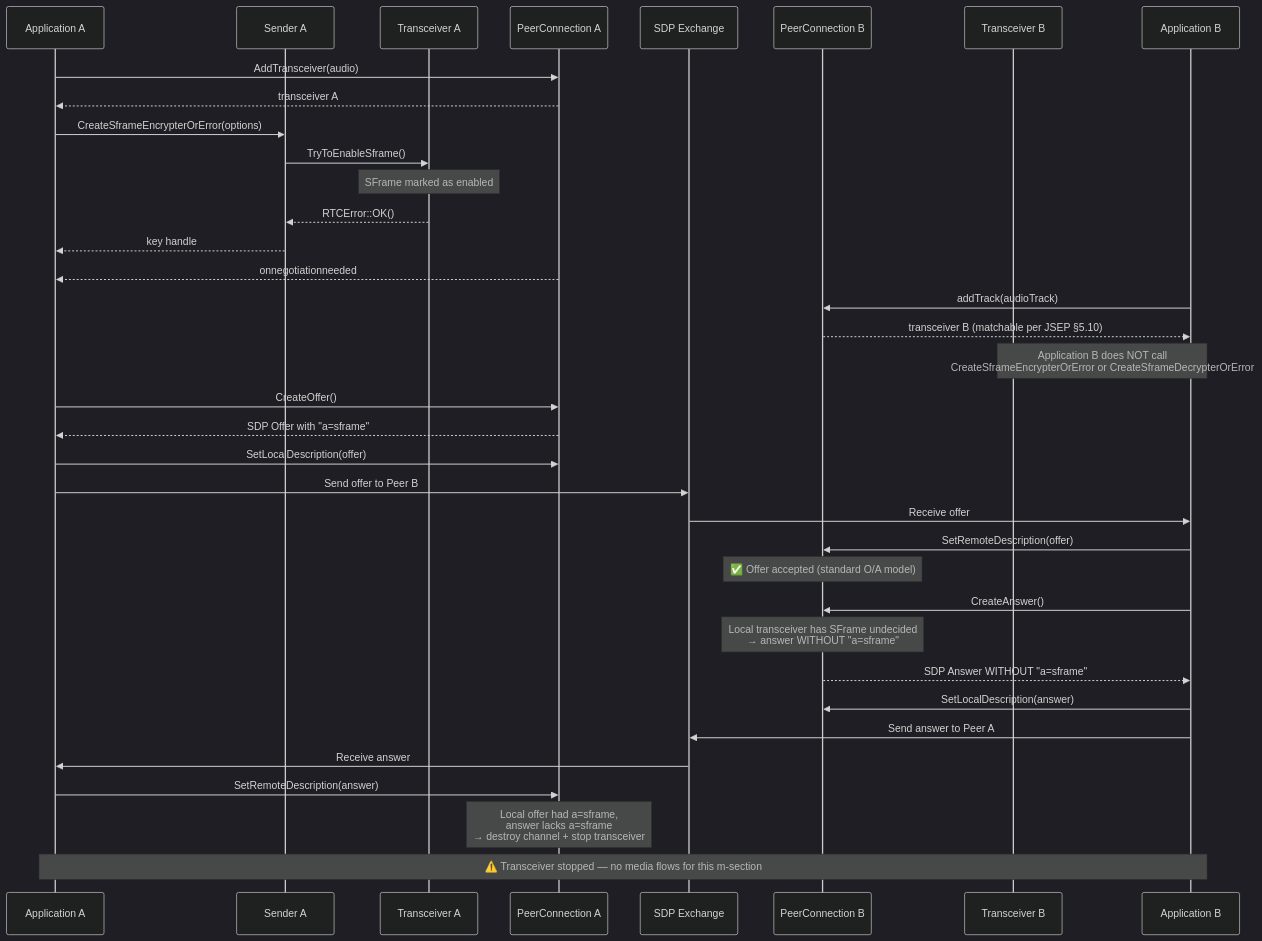
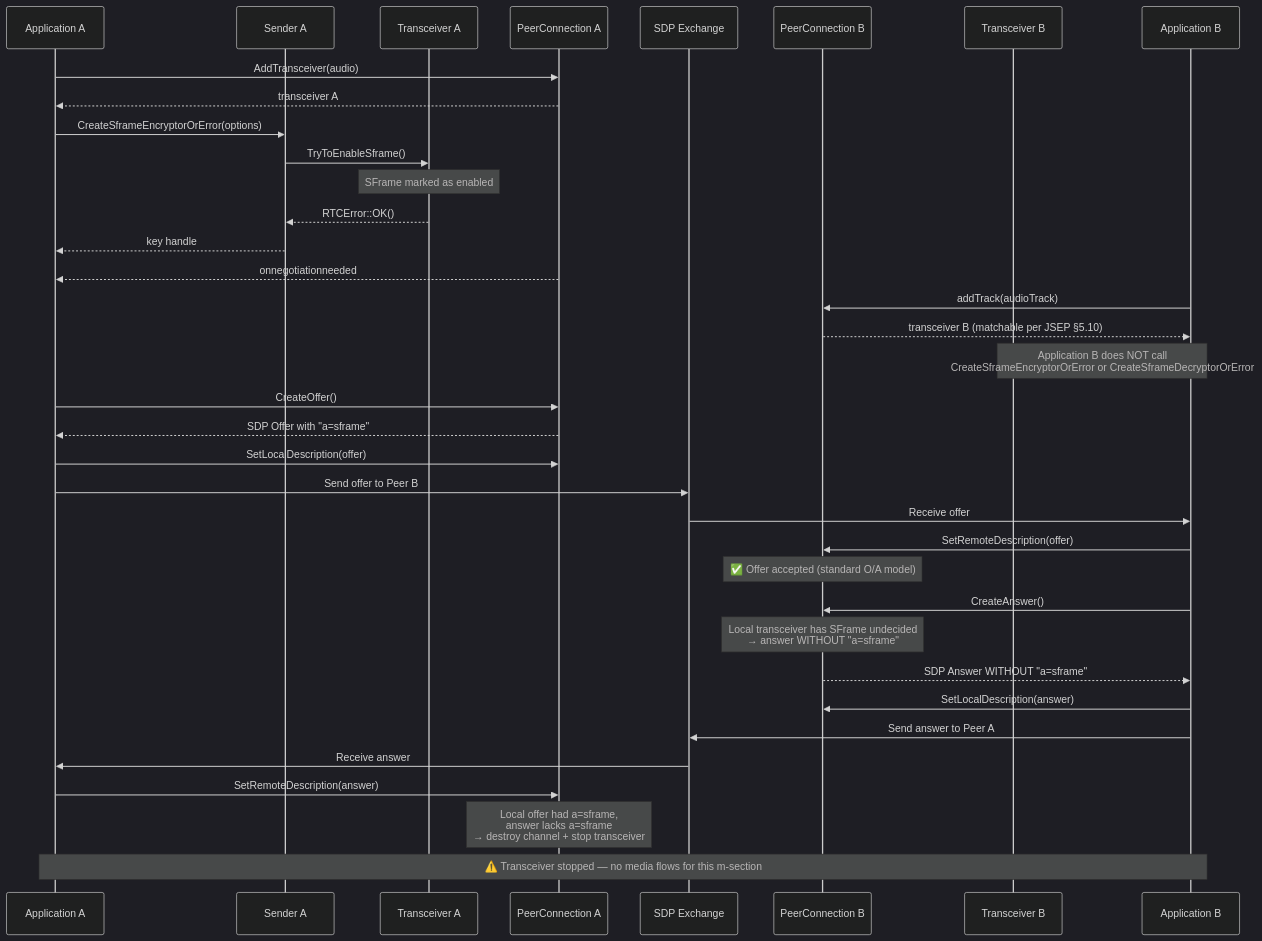
The second of 6 diagrams in negotiation.md (webex/webrtc-sframe), drawn with Mermaid (dark theme) before and after one commit. The commit also changed other lines of this file and 3 other files, not shown here.

Commit message:
sframe architecture docs

````diff
--- a/negotiation.md
+++ b/negotiation.md
@@ -153,48 +153,48 @@
 ```mermaid
 sequenceDiagram
     participant AppA as Application A
     participant SA as Sender A
     participant TA as Transceiver A
     participant PCA as PeerConnection A
     participant SDP as SDP Exchange
     participant PCB as PeerConnection B
     participant TB as Transceiver B
     participant AppB as Application B
 
     AppA->>PCA: AddTransceiver(audio)
     PCA-->>AppA: transceiver A
 
-    AppA->>SA: CreateSframeEncrypterOrError(options)
+    AppA->>SA: CreateSframeEncryptorOrError(options)
     SA->>TA: TryToEnableSframe()
     Note over TA: SFrame marked as enabled
     TA-->>SA: RTCError::OK()
     SA-->>AppA: key handle
     PCA-->>AppA: onnegotiationneeded
 
     AppB->>PCB: addTrack(audioTrack)
     PCB-->>AppB: transceiver B (matchable per JSEP §5.10)
-    Note over AppB,TB: Application B does NOT call<br/>CreateSframeEncrypterOrError or CreateSframeDecrypterOrError
+    Note over AppB,TB: Application B does NOT call<br/>CreateSframeEncryptorOrError or CreateSframeDecryptorOrError
 
     AppA->>PCA: CreateOffer()
     PCA-->>AppA: SDP Offer with "a=sframe"
 
     AppA->>PCA: SetLocalDescription(offer)
     AppA->>SDP: Send offer to Peer B
 
     SDP->>AppB: Receive offer
     AppB->>PCB: SetRemoteDescription(offer)
     Note over PCB: ✅ Offer accepted (standard O/A model)
 
     AppB->>PCB: CreateAnswer()
     Note over PCB: Local transceiver has SFrame undecided<br/>→ answer WITHOUT "a=sframe"
     PCB-->>AppB: SDP Answer WITHOUT "a=sframe"
 
     AppB->>PCB: SetLocalDescription(answer)
     AppB->>SDP: Send answer to Peer A
 
     SDP->>AppA: Receive answer
     AppA->>PCA: SetRemoteDescription(answer)
     Note over PCA: Local offer had a=sframe,<br/>answer lacks a=sframe<br/>→ destroy channel + stop transceiver
 
     Note over AppA,AppB: ⚠️ Transceiver stopped — no media flows for this m-section
 ```
````
